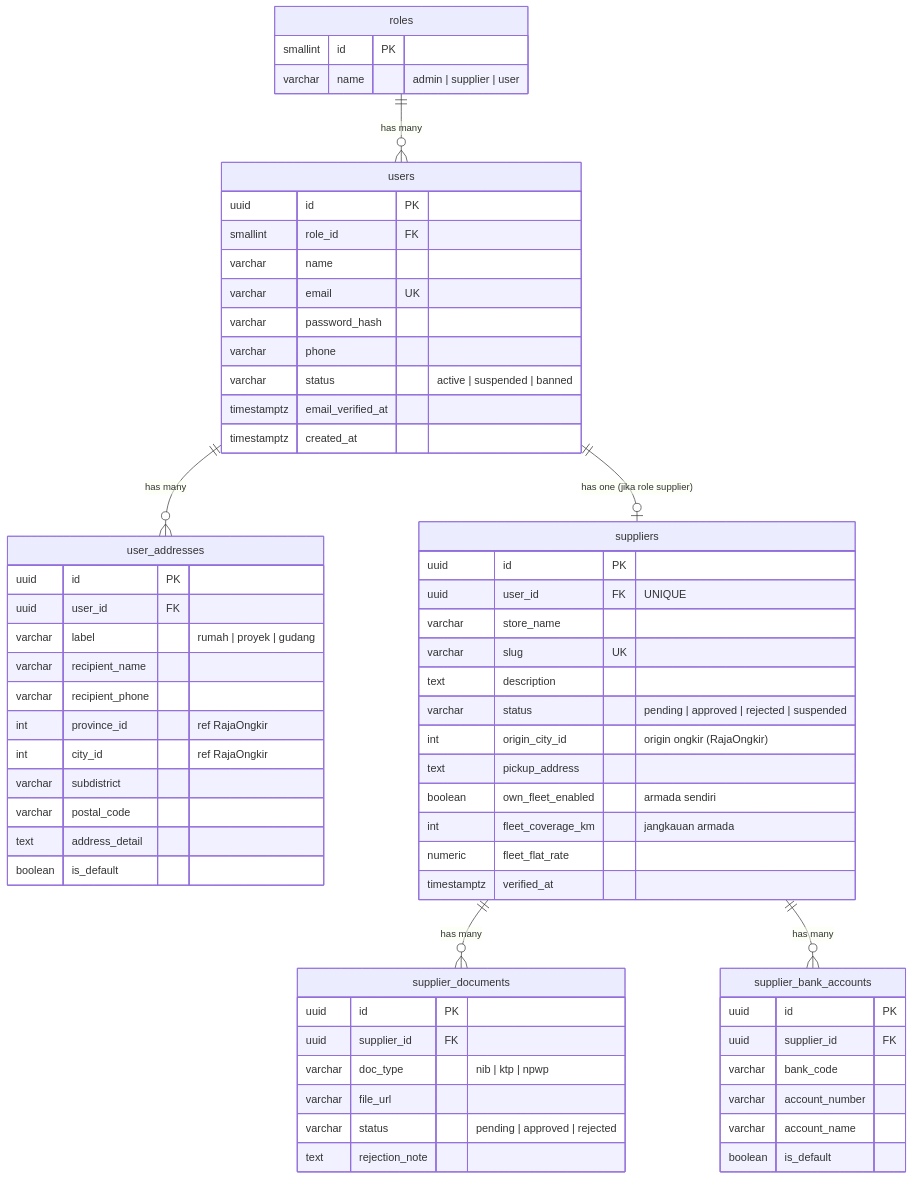
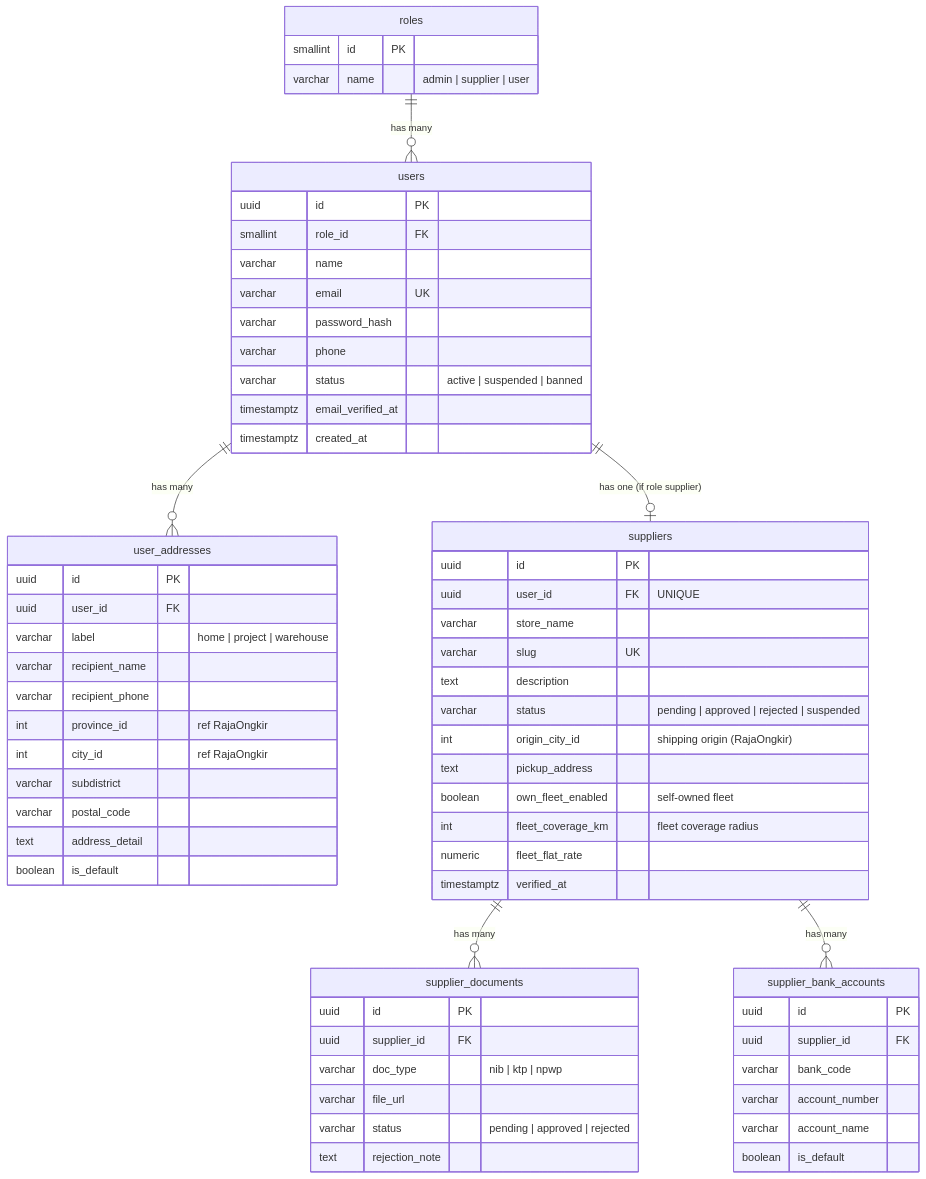
Before and after one commit to erdinhrmwn/bangunin-project: the first of 10 diagrams in docs/erd.md, drawn with Mermaid. The commit also changed other lines of this file and 2 other files, not shown here.

First line of the commit message:
docs: translate erd, requirements, struktur-project to English

````diff
--- a/docs/erd.md
+++ b/docs/erd.md
@@ -11,72 +11,72 @@
 ```mermaid
 erDiagram
     roles ||--o{ users : "has many"
     users ||--o{ user_addresses : "has many"
-    users ||--o| suppliers : "has one (jika role supplier)"
+    users ||--o| suppliers : "has one (if role supplier)"
     suppliers ||--o{ supplier_documents : "has many"
     suppliers ||--o{ supplier_bank_accounts : "has many"
 
     roles {
         smallint id PK
         varchar name "admin | supplier | user"
     }
 
     users {
         uuid id PK
         smallint role_id FK
         varchar name
         varchar email UK
         varchar password_hash
         varchar phone
         varchar status "active | suspended | banned"
         timestamptz email_verified_at
         timestamptz created_at
     }
 
     user_addresses {
         uuid id PK
         uuid user_id FK
-        varchar label "rumah | proyek | gudang"
+        varchar label "home | project | warehouse"
         varchar recipient_name
         varchar recipient_phone
         int province_id "ref RajaOngkir"
         int city_id "ref RajaOngkir"
         varchar subdistrict
         varchar postal_code
         text address_detail
         boolean is_default
     }
 
     suppliers {
         uuid id PK
         uuid user_id FK "UNIQUE"
         varchar store_name
         varchar slug UK
         text description
         varchar status "pending | approved | rejected | suspended"
-        int origin_city_id "origin ongkir (RajaOngkir)"
+        int origin_city_id "shipping origin (RajaOngkir)"
         text pickup_address
-        boolean own_fleet_enabled "armada sendiri"
-        int fleet_coverage_km "jangkauan armada"
+        boolean own_fleet_enabled "self-owned fleet"
+        int fleet_coverage_km "fleet coverage radius"
         numeric fleet_flat_rate
         timestamptz verified_at
     }
 
     supplier_documents {
         uuid id PK
         uuid supplier_id FK
         varchar doc_type "nib | ktp | npwp"
         varchar file_url
         varchar status "pending | approved | rejected"
         text rejection_note
     }
 
     supplier_bank_accounts {
         uuid id PK
         uuid supplier_id FK
         varchar bank_code
         varchar account_number
         varchar account_name
         boolean is_default
     }
 ```
````
